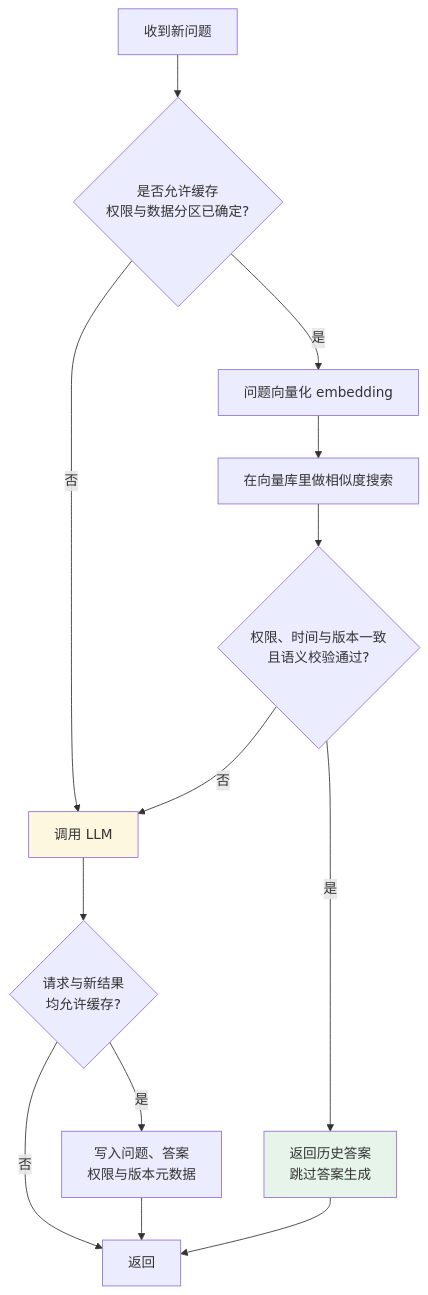
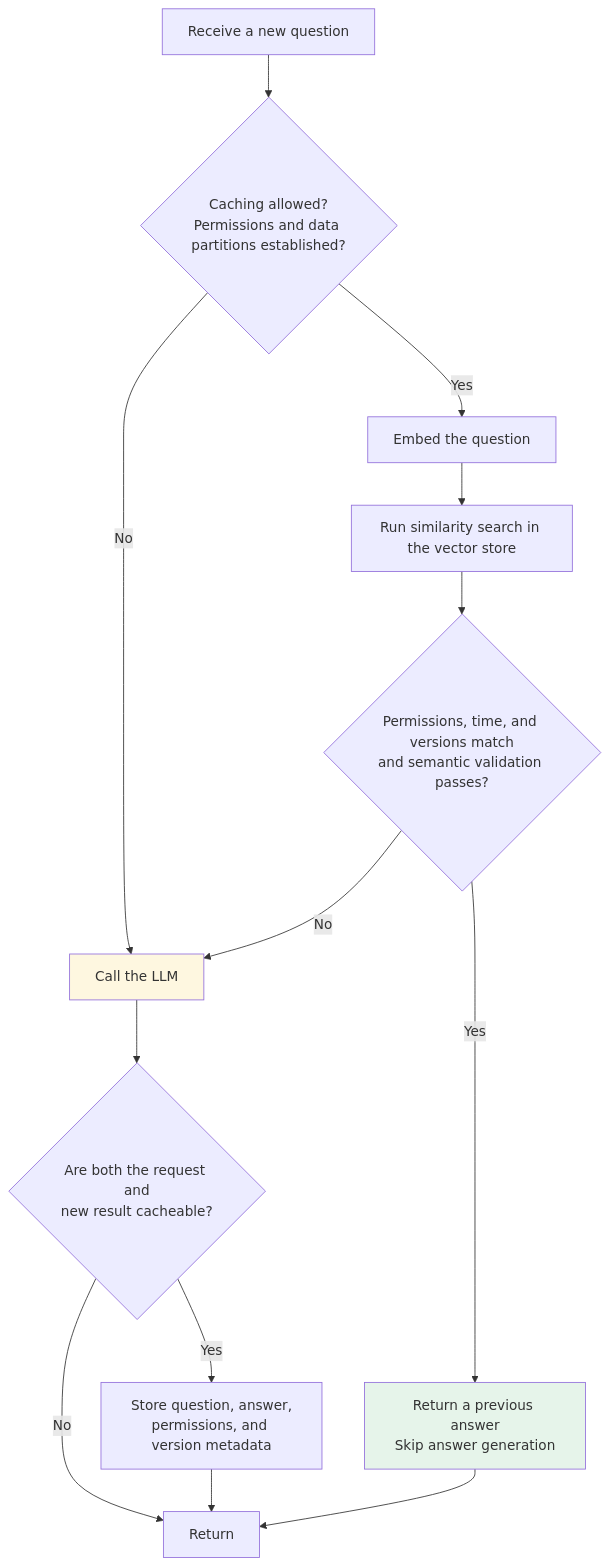
One commit to oneleaveknowsthefall/awesome-ai-roadmap changed the second of 2 diagrams in docs/tools/05-transport-gateway/14-llm-gateway.md. Above: the diagram before and after it, drawn with Mermaid. The commit also changed other lines of this file and 42 other files, not shown here.

````diff
--- a/docs/tools/05-transport-gateway/14-llm-gateway.md
+++ b/docs/tools/05-transport-gateway/14-llm-gateway.md
@@ -183,18 +185,18 @@
 ```mermaid
 flowchart TB
-    Q[收到新问题] --> P{"是否允许缓存<br/>权限与数据分区已确定?"}
-    P -->|否| MISS[调用 LLM]
-    P -->|是| E[问题向量化 embedding]
-    E --> S[在向量库里做相似度搜索]
-    S --> H{"权限、时间与版本一致<br/>且语义校验通过?"}
-    H -->|是| HIT["返回历史答案<br/>跳过答案生成"]
-    H -->|否| MISS
-    MISS --> C{"请求与新结果<br/>均允许缓存?"}
-    C -->|是| W["写入问题、答案<br/>权限与版本元数据"]
-    C -->|否| R[返回]
-    W --> R[返回]
+    Q[Receive a new question] --> P{"Caching allowed?<br/>Permissions and data partitions established?"}
+    P -->|No| MISS[Call the LLM]
+    P -->|Yes| E[Embed the question]
+    E --> S[Run similarity search in the vector store]
+    S --> H{"Permissions, time, and versions match<br/>and semantic validation passes?"}
+    H -->|Yes| HIT["Return a previous answer<br/>Skip answer generation"]
+    H -->|No| MISS
+    MISS --> C{"Are both the request and<br/>new result cacheable?"}
+    C -->|Yes| W["Store question, answer,<br/>permissions, and version metadata"]
+    C -->|No| R[Return]
+    W --> R[Return]
     HIT --> R
 
     style HIT fill:#e6f4ea
     style MISS fill:#fef7e0
 ```
````
